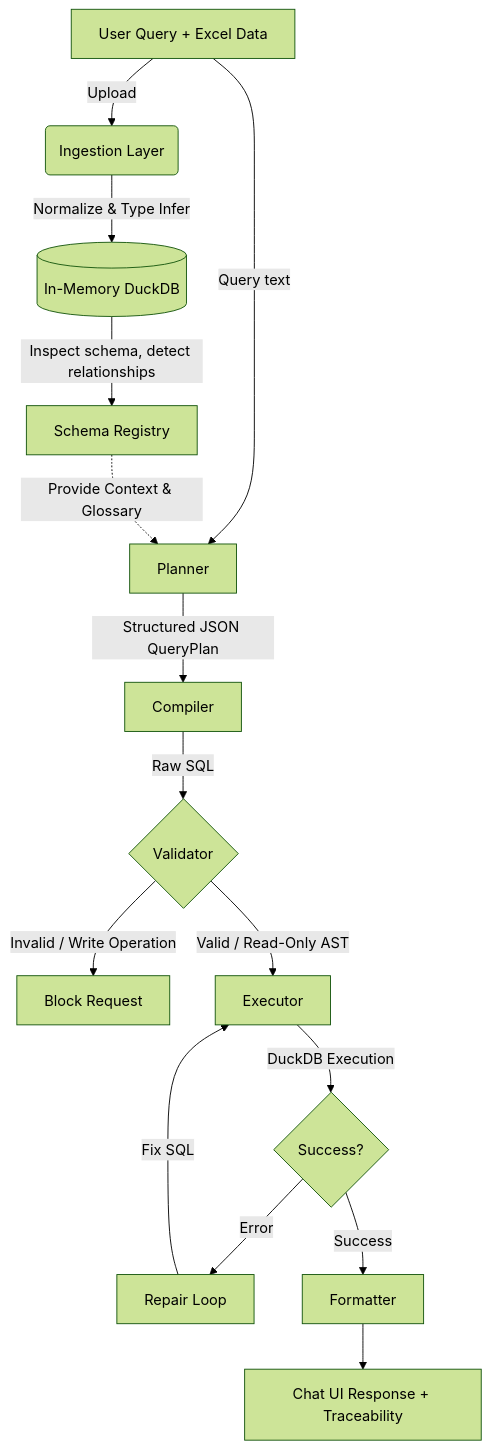
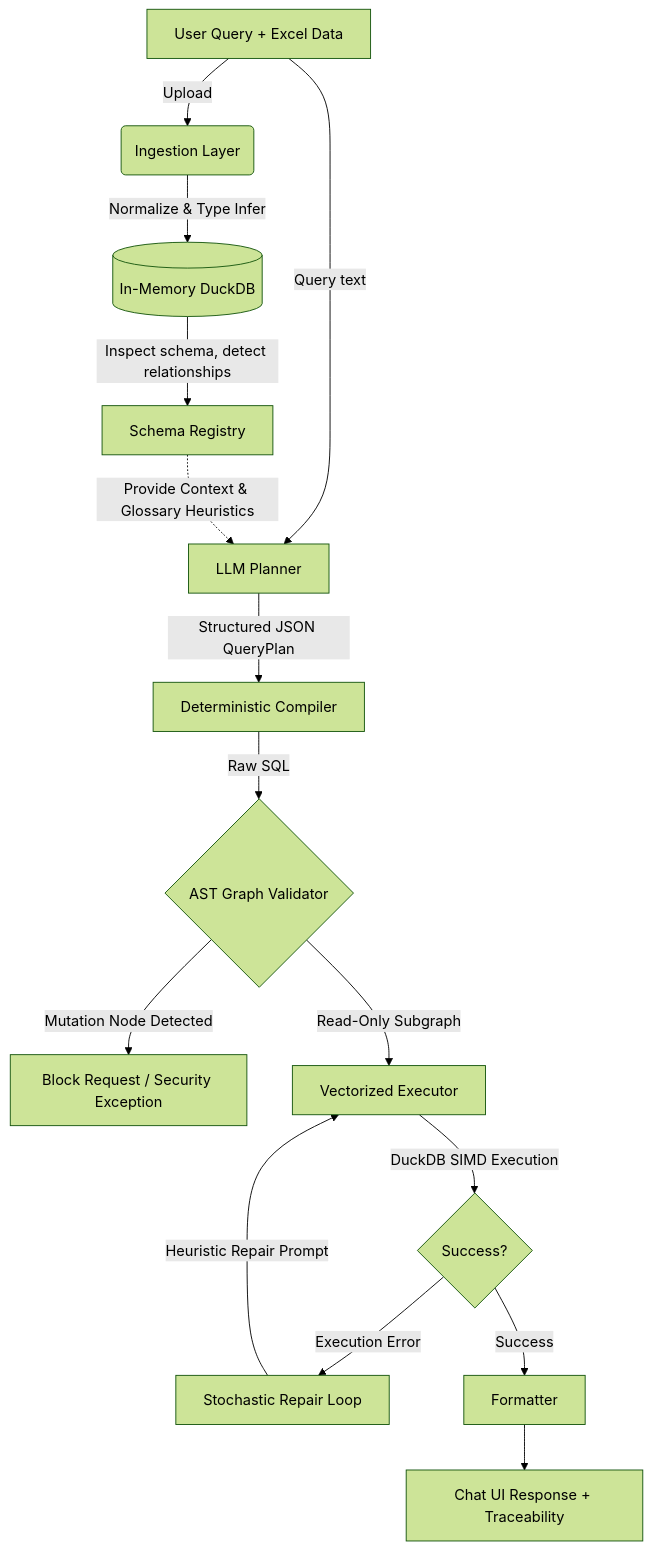
One commit to kunal-gh/bot changed the diagram in README.md. Above: the diagram before and after it, drawn with Mermaid (forest theme). The commit also changed other lines of this file, not shown here.

Commit message:
docs: overhaul README with deep technical and mathematical architecture documentation

````diff
--- a/README.md
+++ b/README.md
@@ -29,21 +34,21 @@
 ```mermaid
 graph TD
     A[User Query + Excel Data] -->|Upload| B(Ingestion Layer)
     B -->|Normalize & Type Infer| C[(In-Memory DuckDB)]
     C -->|Inspect schema, detect relationships| D[Schema Registry]
     
-    A -->|Query text| E[Planner]
-    D -.->|Provide Context & Glossary| E
-    E -->|Structured JSON QueryPlan| F[Compiler]
+    A -->|Query text| E[LLM Planner]
+    D -.->|Provide Context & Glossary Heuristics| E
+    E -->|Structured JSON QueryPlan| F[Deterministic Compiler]
     
-    F -->|Raw SQL| G{Validator}
-    G -- Invalid / Write Operation --> H[Block Request]
-    G -- Valid / Read-Only AST --> I[Executor]
+    F -->|Raw SQL| G{AST Graph Validator}
+    G -- Mutation Node Detected --> H[Block Request / Security Exception]
+    G -- Read-Only Subgraph --> I[Vectorized Executor]
     
-    I -->|DuckDB Execution| J{Success?}
-    J -- Error --> K[Repair Loop]
-    K -->|Fix SQL| I
+    I -->|DuckDB SIMD Execution| J{Success?}
+    J -- Execution Error --> K[Stochastic Repair Loop]
+    K -->|Heuristic Repair Prompt| I
     J -- Success --> L[Formatter]
     
     L --> M[Chat UI Response + Traceability]
 ```
````
